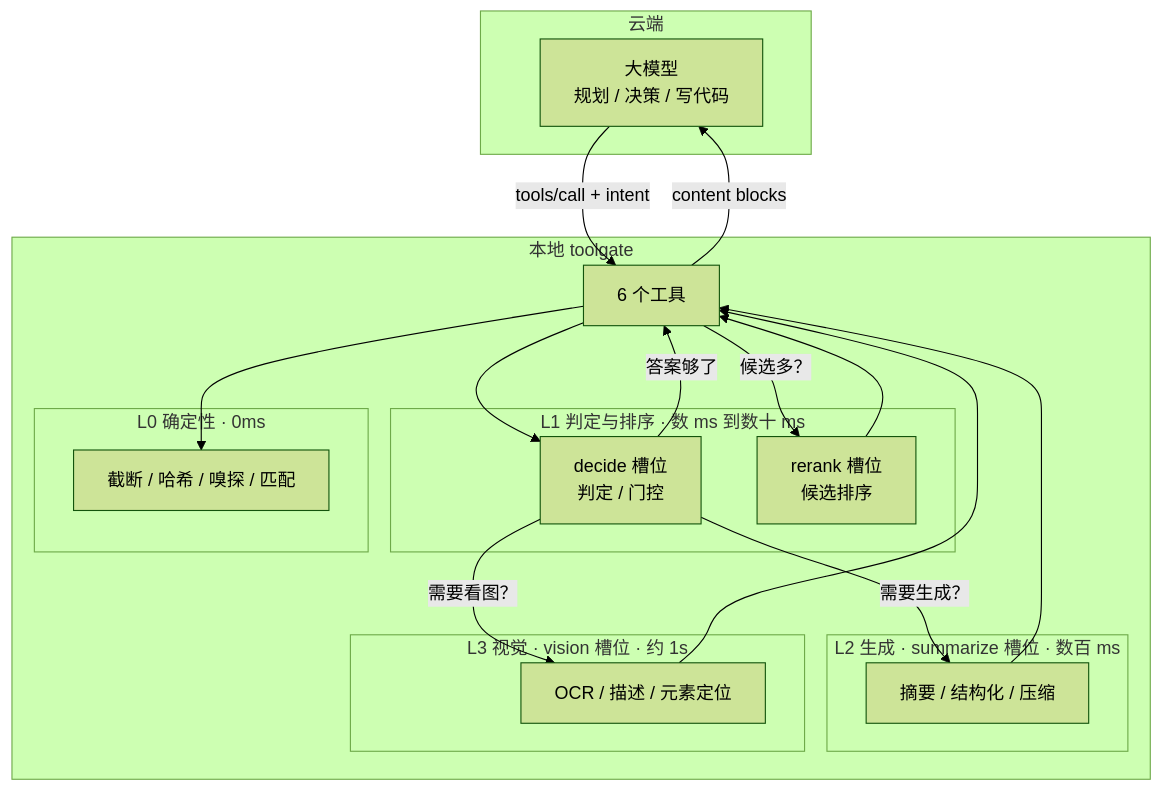
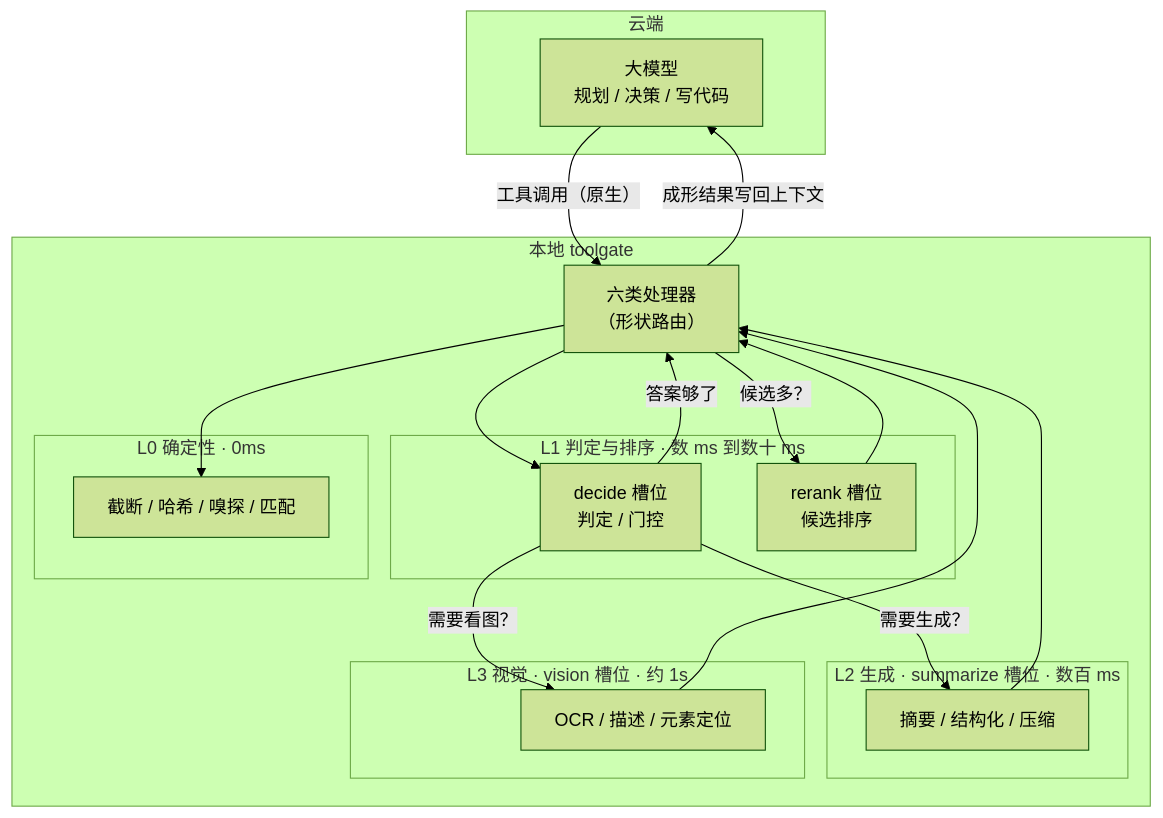
One commit to lws2004/toolgate changed the second of 2 diagrams in docs/architecture.md. Above: the diagram before and after it, drawn with Mermaid (forest theme). The commit also changed other lines of this file and 31 other files, not shown here.

````diff
--- a/docs/architecture.md
+++ b/docs/architecture.md
@@ -399,35 +424,35 @@
 ```mermaid
 flowchart TD
     subgraph Cloud["云端"]
         LLM["大模型<br/>规划 / 决策 / 写代码"]
     end
 
     subgraph Local["本地 toolgate"]
         subgraph L1["L1 判定与排序 · 数 ms 到数十 ms"]
             D1["decide 槽位<br/>判定 / 门控"]
             RK["rerank 槽位<br/>候选排序"]
         end
         subgraph L2["L2 生成 · summarize 槽位 · 数百 ms"]
             LFM["摘要 / 结构化 / 压缩"]
         end
         subgraph L3["L3 视觉 · vision 槽位 · 约 1s"]
             VL["OCR / 描述 / 元素定位"]
         end
         subgraph L0["L0 确定性 · 0ms"]
             DET["截断 / 哈希 / 嗅探 / 匹配"]
         end
-        Tools["6 个工具"]
+        Proc["六类处理器<br/>（形状路由）"]
     end
 
-    LLM -- "tools/call + intent" --> Tools
-    Tools --> DET
-    Tools --> D1
-    Tools -- "候选多？" --> RK
+    LLM -- "工具调用（原生）" --> Proc
+    Proc --> DET
+    Proc --> D1
+    Proc -- "候选多？" --> RK
     D1 -- "需要生成？" --> LFM
     D1 -- "需要看图？" --> VL
-    D1 -- "答案够了" --> Tools
-    RK --> Tools
-    LFM --> Tools
-    VL --> Tools
-    Tools -- "content blocks" --> LLM
+    D1 -- "答案够了" --> Proc
+    RK --> Proc
+    LFM --> Proc
+    VL --> Proc
+    Proc -- "成形结果写回上下文" --> LLM
 ```
````
